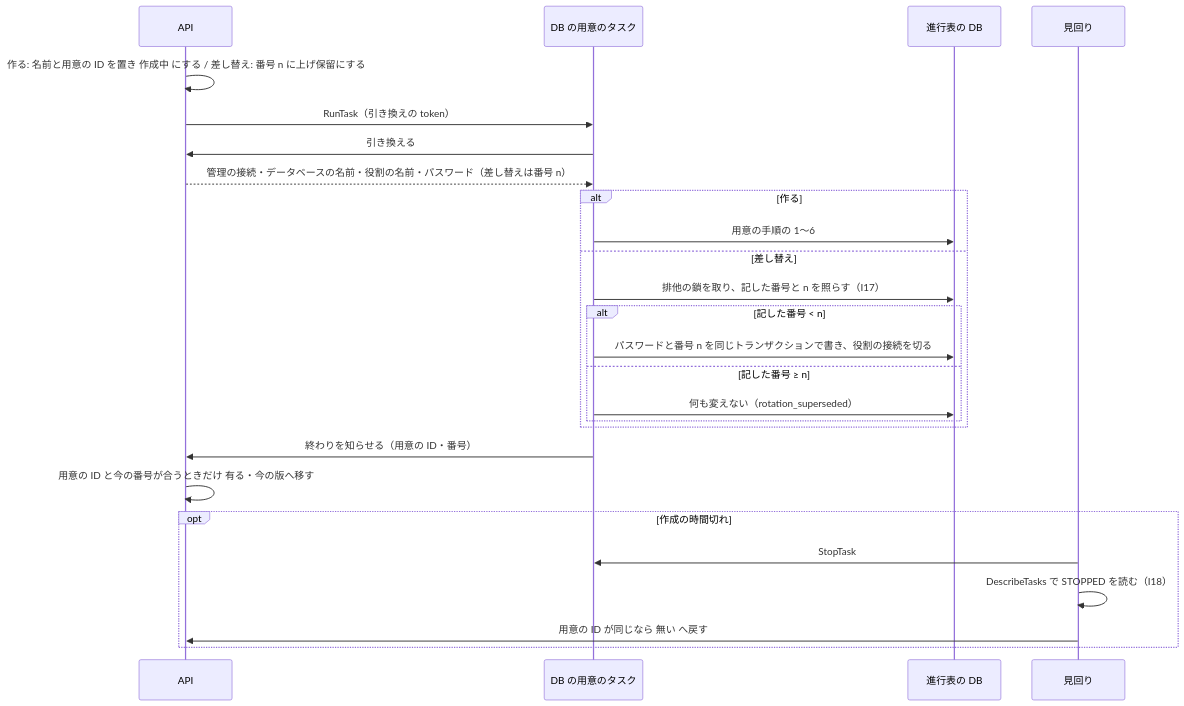
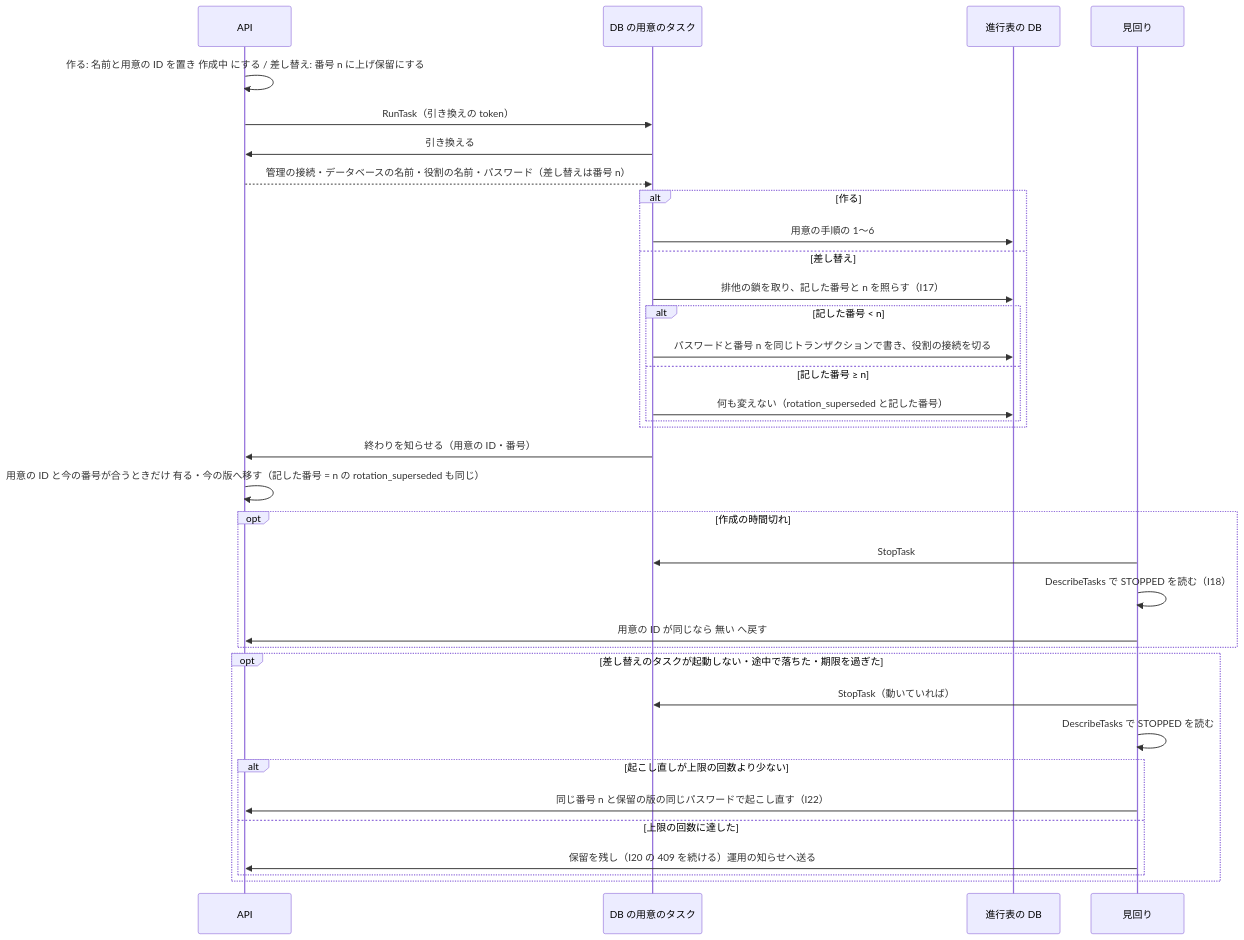
The eighth of 10 diagrams in issues/issue-32-design.md (devbasex/nd-factory), drawn with Mermaid before and after one commit. The commit also changed other lines of this file, not shown here.

````diff
--- a/issues/issue-32-design.md
+++ b/issues/issue-32-design.md
@@ -411,28 +446,37 @@
 ```mermaid
 sequenceDiagram
     participant API as API
     participant TK as DB の用意のタスク
     participant DB as 進行表の DB
     participant PT as 見回り
     API->>API: 作る: 名前と用意の ID を置き 作成中 にする / 差し替え: 番号 n に上げ保留にする
     API->>TK: RunTask（引き換えの token）
     TK->>API: 引き換える
     API-->>TK: 管理の接続・データベースの名前・役割の名前・パスワード（差し替えは番号 n）
     alt 作る
         TK->>DB: 用意の手順の 1〜6
     else 差し替え
         TK->>DB: 排他の鎖を取り、記した番号と n を照らす（I17）
         alt 記した番号 < n
             TK->>DB: パスワードと番号 n を同じトランザクションで書き、役割の接続を切る
         else 記した番号 ≥ n
-            TK->>DB: 何も変えない（rotation_superseded）
+            TK->>DB: 何も変えない（rotation_superseded と記した番号）
         end
     end
     TK->>API: 終わりを知らせる（用意の ID・番号）
-    API->>API: 用意の ID と今の番号が合うときだけ 有る・今の版へ移す
+    API->>API: 用意の ID と今の番号が合うときだけ 有る・今の版へ移す（記した番号 = n の rotation_superseded も同じ）
     opt 作成の時間切れ
         PT->>TK: StopTask
         PT->>PT: DescribeTasks で STOPPED を読む（I18）
         PT->>API: 用意の ID が同じなら 無い へ戻す
     end
+    opt 差し替えのタスクが起動しない・途中で落ちた・期限を過ぎた
+        PT->>TK: StopTask（動いていれば）
+        PT->>PT: DescribeTasks で STOPPED を読む
+        alt 起こし直しが上限の回数より少ない
+            PT->>API: 同じ番号 n と保留の版の同じパスワードで起こし直す（I22）
+        else 上限の回数に達した
+            PT->>API: 保留を残し（I20 の 409 を続ける）運用の知らせへ送る
+        end
+    end
 ```
````
